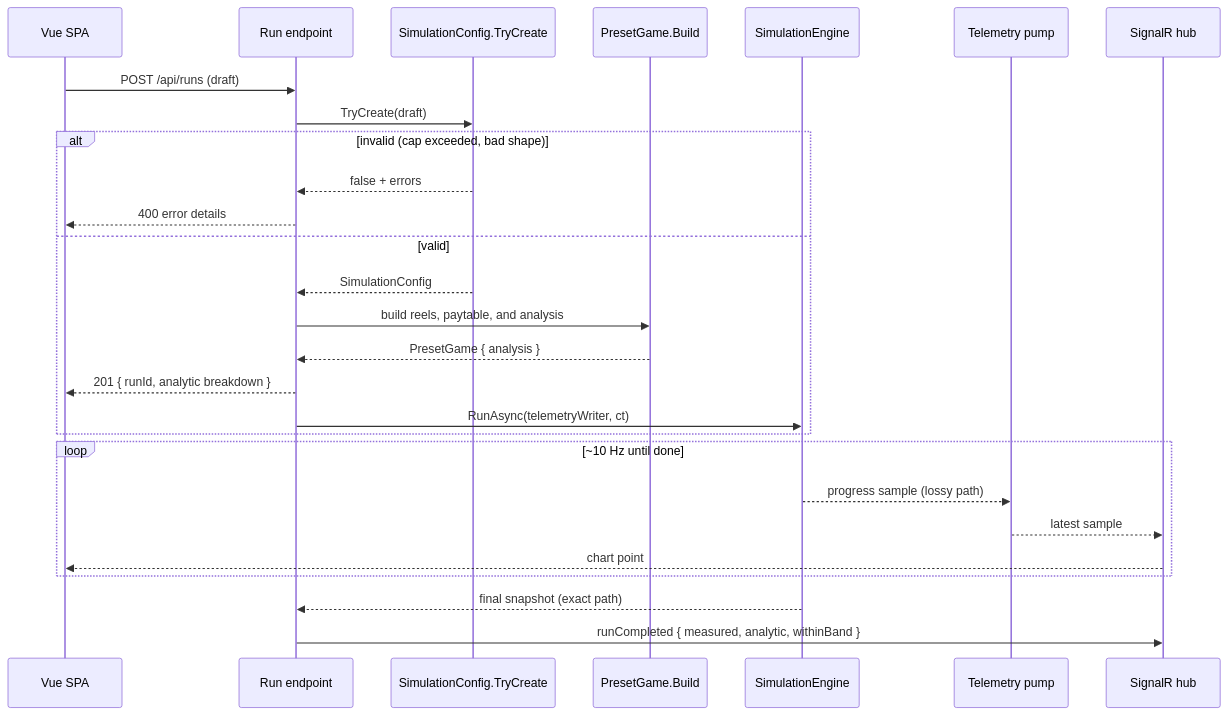
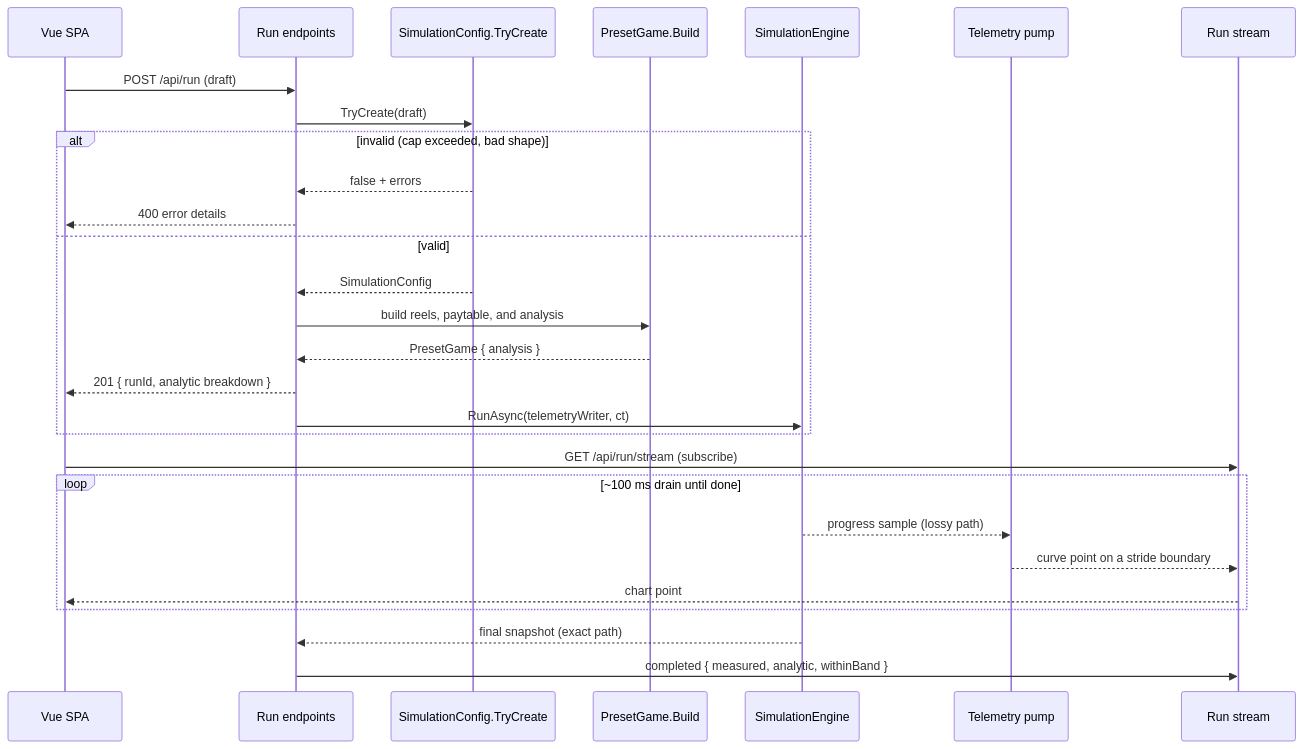
The second of 2 diagrams in docs/articles/01-system-design.md (mmpworks/MMP.SlotDemo), drawn with Mermaid before and after one commit. The commit also changed other lines of this file and 71 other files, not shown here.

````diff
--- a/docs/articles/01-system-design.md
+++ b/docs/articles/01-system-design.md
@@ -389,30 +365,31 @@
 ```mermaid
 sequenceDiagram
     participant SPA as Vue SPA
-    participant API as Run endpoint
+    participant API as Run endpoints
     participant CFG as SimulationConfig.TryCreate
     participant GAME as PresetGame.Build
     participant ENG as SimulationEngine
     participant PUMP as Telemetry pump
-    participant HUB as SignalR hub
+    participant SSE as Run stream
 
-    SPA->>API: POST /api/runs (draft)
+    SPA->>API: POST /api/run (draft)
     API->>CFG: TryCreate(draft)
     alt invalid (cap exceeded, bad shape)
         CFG-->>API: false + errors
         API-->>SPA: 400 error details
     else valid
         CFG-->>API: SimulationConfig
         API->>GAME: build reels, paytable, and analysis
         GAME-->>API: PresetGame { analysis }
         API-->>SPA: 201 { runId, analytic breakdown }
         API->>ENG: RunAsync(telemetryWriter, ct)
     end
-    loop ~10 Hz until done
+    SPA->>SSE: GET /api/run/stream (subscribe)
+    loop ~100 ms drain until done
         ENG-->>PUMP: progress sample (lossy path)
-        PUMP-->>HUB: latest sample
-        HUB-->>SPA: chart point
+        PUMP-->>SSE: curve point on a stride boundary
+        SSE-->>SPA: chart point
     end
     ENG-->>API: final snapshot (exact path)
-    API->>HUB: runCompleted { measured, analytic, withinBand }
+    API->>SSE: completed { measured, analytic, withinBand }
 ```
````
